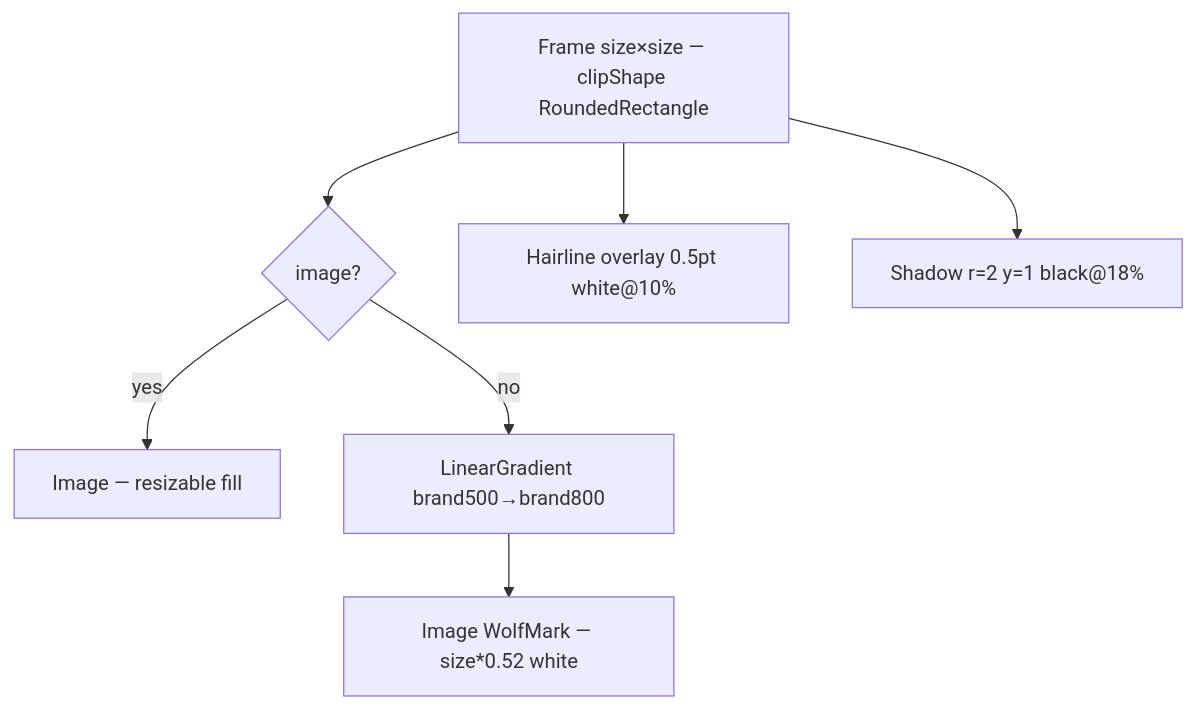
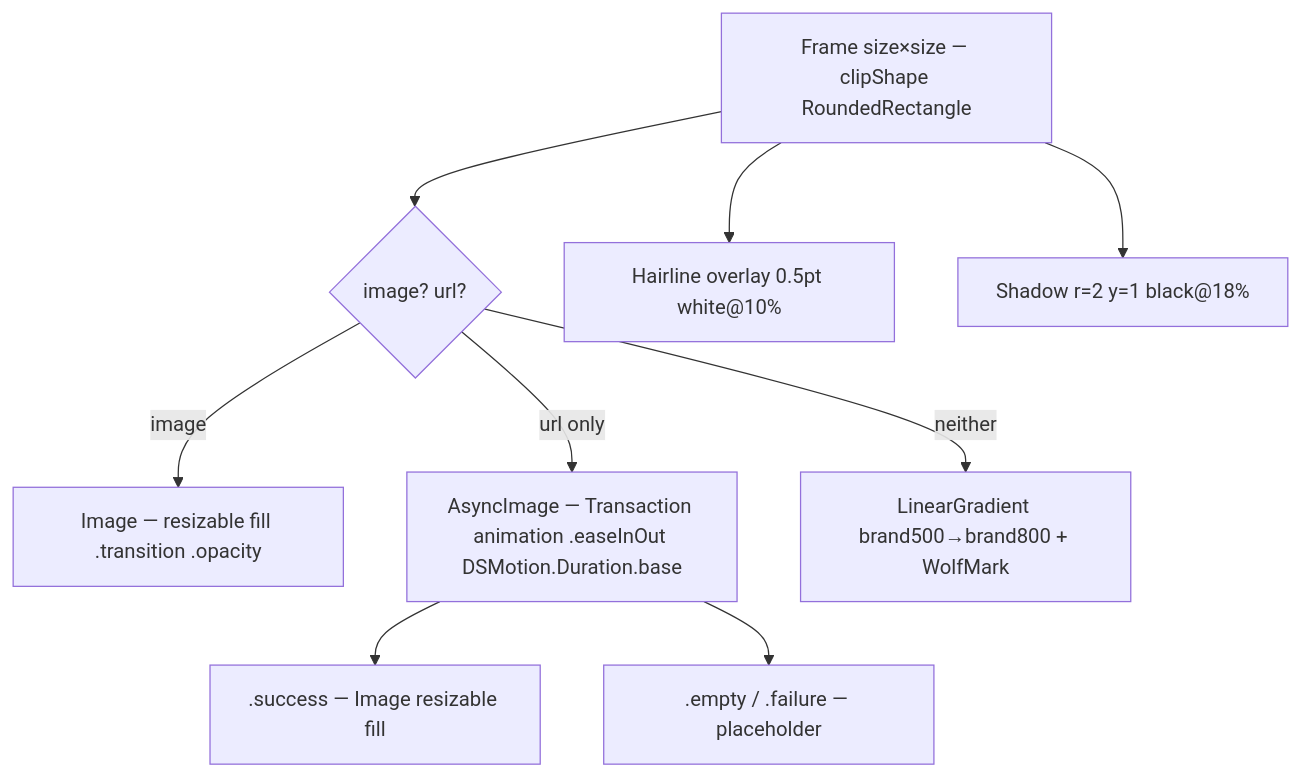
The diagram in design-system/components/album-art-view.md (MrDemonWolf/WolfWave), drawn with Mermaid before and after one commit. The commit also changed other lines of this file and 40 other files, not shown here.

````diff
--- a/design-system/components/album-art-view.md
+++ b/design-system/components/album-art-view.md
@@ -27,9 +46,11 @@
 ```mermaid
 graph TB
-  Tile[Frame size×size — clipShape RoundedRectangle] --> Either{image?}
-  Either -->|yes| Img[Image — resizable fill]
-  Either -->|no| Grad[LinearGradient brand500→brand800]
-  Grad --> Mark[Image WolfMark — size*0.52 white]
+  Tile[Frame size×size — clipShape RoundedRectangle] --> Pick{image? url?}
+  Pick -->|image| Img[Image — resizable fill .transition .opacity]
+  Pick -->|url only| Async[AsyncImage — Transaction animation .easeInOut DSMotion.Duration.base]
+  Async --> Success[.success — Image resizable fill]
+  Async --> EmptyFail[.empty / .failure — placeholder]
+  Pick -->|neither| Placeholder[LinearGradient brand500→brand800 + WolfMark]
   Tile --> Stroke[Hairline overlay 0.5pt white@10%]
   Tile --> Shadow[Shadow r=2 y=1 black@18%]
 ```
````
